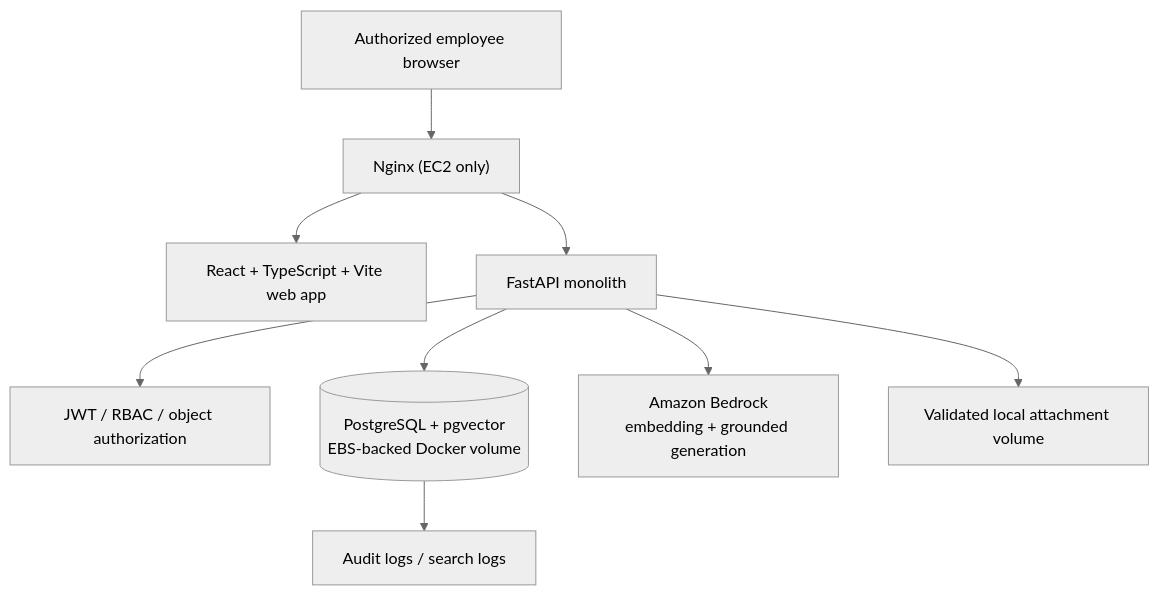
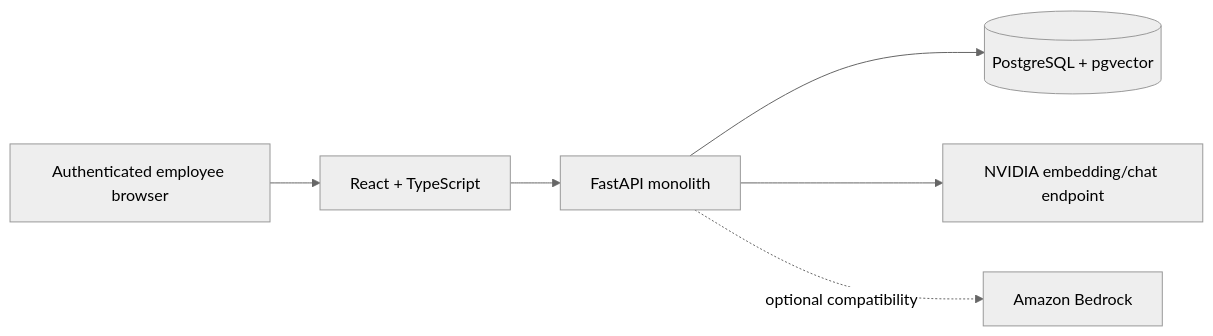
Before and after one commit to syedsofiyan2004/Who_Solved_It-AI-Buildathon-: the diagram in docs/ARCHITECTURE.md, drawn with Mermaid (neutral theme). The commit also changed other lines of this file and 81 other files, not shown here.

````diff
--- a/docs/ARCHITECTURE.md
+++ b/docs/ARCHITECTURE.md
@@ -7,11 +7,8 @@
 ```mermaid
-flowchart TB
-  user["Authorized employee browser"] --> nginx["Nginx (EC2 only)"]
-  nginx --> web["React + TypeScript + Vite web app"]
-  nginx --> api["FastAPI monolith"]
-  api --> auth["JWT / RBAC / object authorization"]
-  api --> db[("PostgreSQL + pgvector\nEBS-backed Docker volume")]
-  api --> bedrock["Amazon Bedrock\nembedding + grounded generation"]
-  api --> files["Validated local attachment volume"]
-  db --> audit["Audit logs / search logs"]
+flowchart LR
+  user[Authenticated employee browser] --> web[React + TypeScript]
+  web --> api[FastAPI monolith]
+  api --> postgres[(PostgreSQL + pgvector)]
+  api --> nvidia[NVIDIA embedding/chat endpoint]
+  api -. optional compatibility .-> bedrock[Amazon Bedrock]
 ```
````
